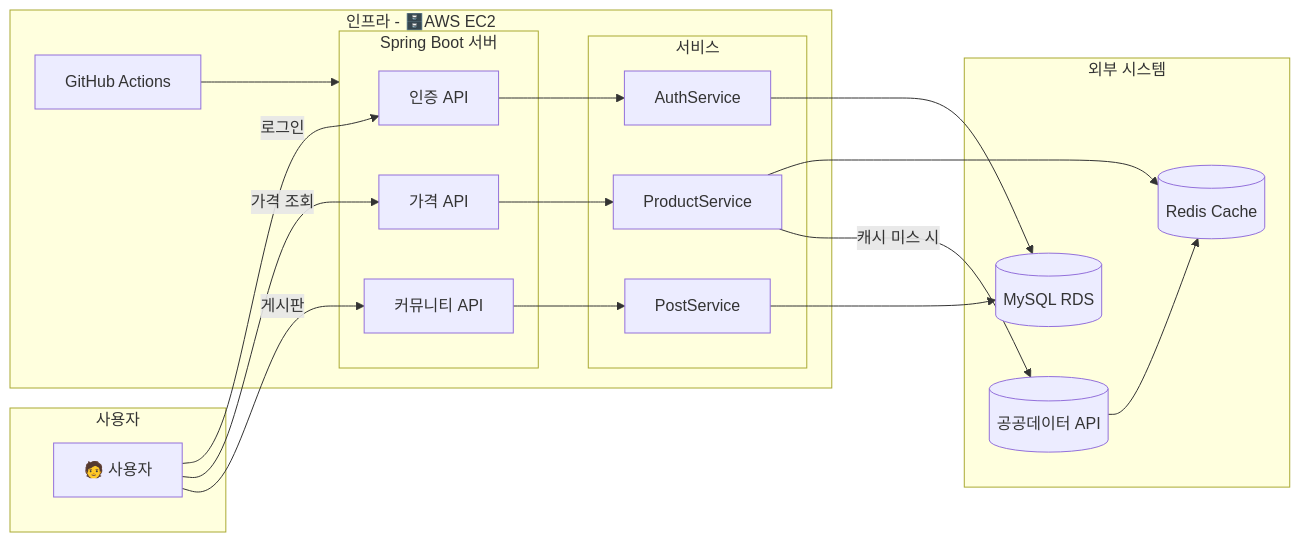
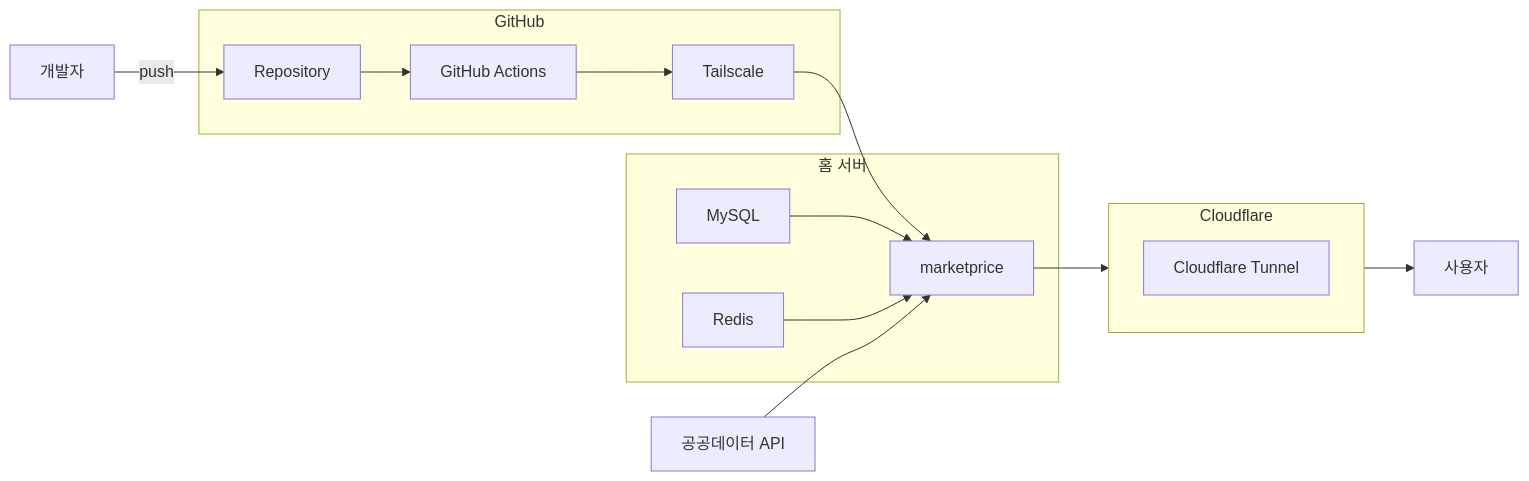
The diagram in README.md (minjae5024/wholesale), drawn with Mermaid before and after one commit.

````diff
--- a/README.md
+++ b/README.md
@@ -50,38 +50,32 @@
 ```mermaid
 graph LR
 
-  subgraph 사용자
-    A[🧑 사용자]
+  DEV[개발자]
+  USER[사용자]
+
+  subgraph CF[Cloudflare]
+    C2[Cloudflare Tunnel]
   end
 
-  subgraph 인프라 [인프라 - 🗄️AWS EC2]
-    E2[GitHub Actions]
-    
-    subgraph 서버 [Spring Boot 서버]
-      B1[인증 API]
-      B2[가격 API]
-      B3[커뮤니티 API]
-    end
-
-    subgraph 서비스
-      C1[AuthService]
-      C2[ProductService]
-      C3[PostService]
-    end
+  subgraph GH[GitHub]
+    G1[Repository]
+    G2[GitHub Actions]
+    G3[Tailscale]
   end
 
-  subgraph 외부 시스템
-    D1[(공공데이터 API)]
-    D2[(MySQL RDS)]
-    D3[(Redis Cache)]
+  subgraph HS[홈 서버]
+    S1[marketprice]
+    D1[MySQL]
+    D2[Redis]
   end
 
-  %% 사용자 요청
-  A -->|로그인| B1 --> C1 --> D2
-  A -->|가격 조회| B2 --> C2 --> D3
-  C2 -->|캐시 미스 시| D1 --> D3
-  A -->|게시판| B3 --> C3 --> D2
+  E1[공공데이터 API]
 
-  %% 배포 흐름
-  E2 --> 서버
+  DEV -->|push| G1
+  G1 --> G2 --> G3 --> S1
+
+  S1 --> CF --> USER
+  D1 --> S1
+  D2 --> S1
+  E1 --> S1
 ```
````
